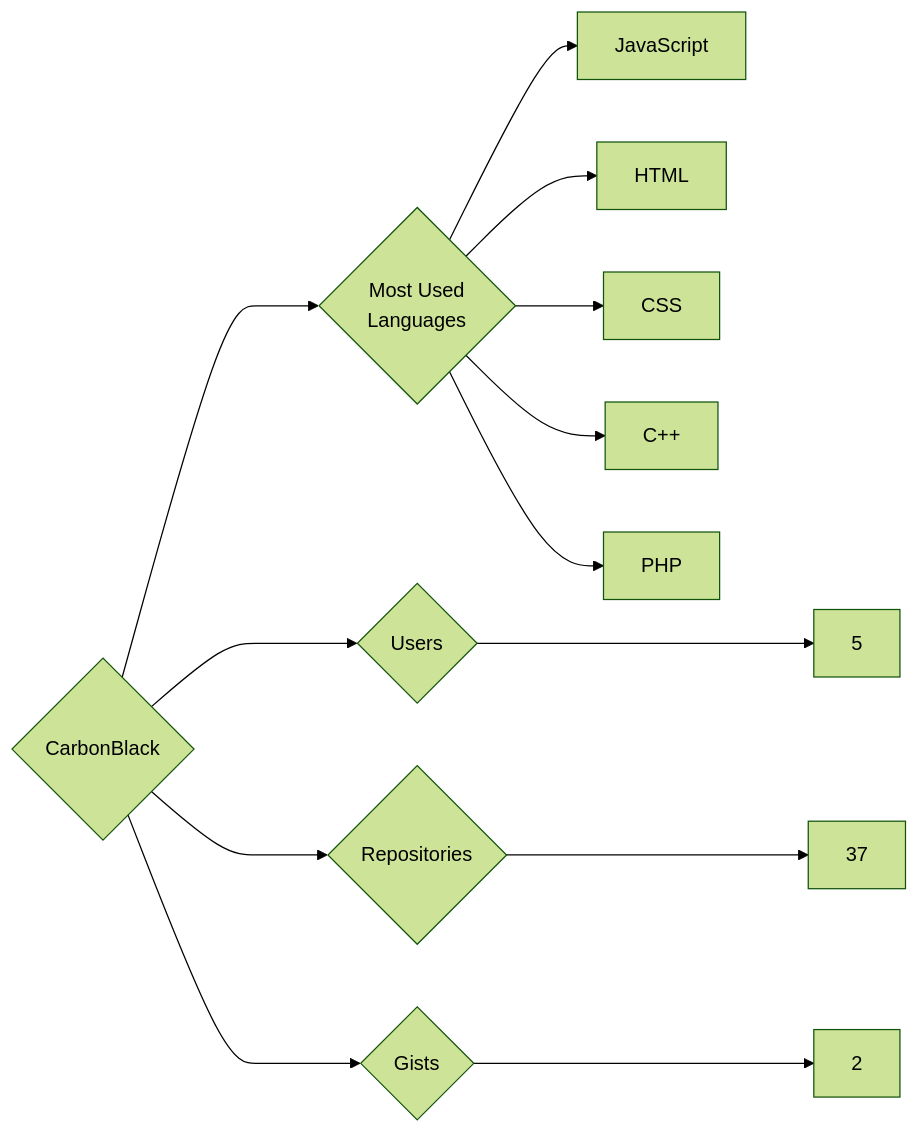
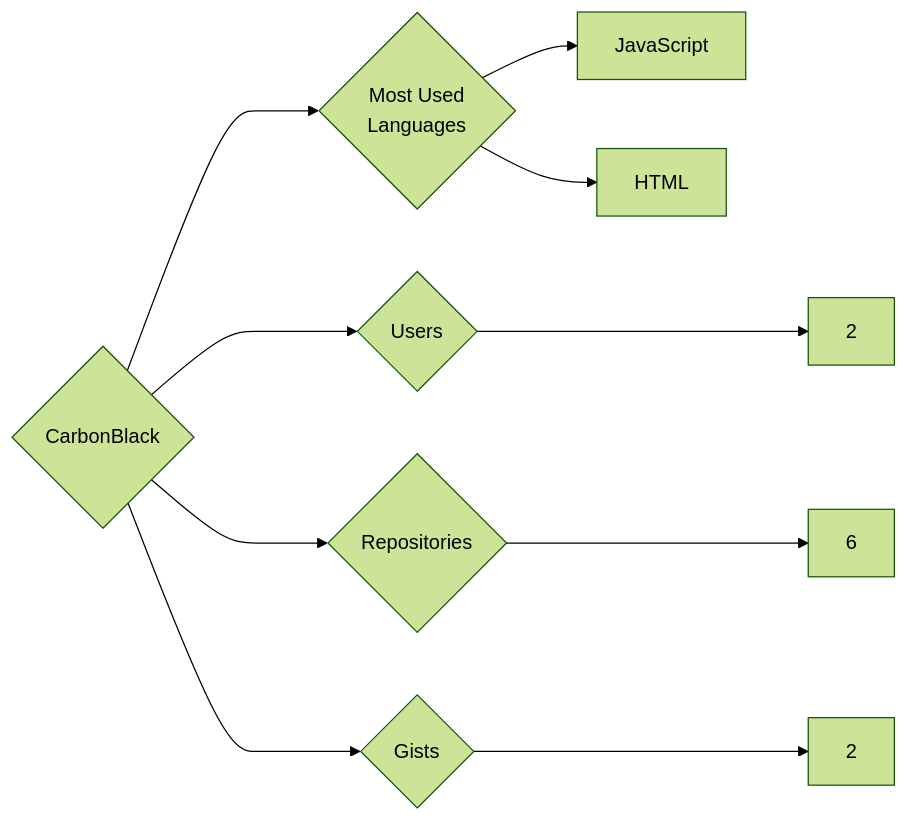
One commit to trickest/insiders changed the diagram in targets/CarbonBlack/README.md. Above: the diagram before and after it, drawn with Mermaid (forest theme). The commit also changed 934 other files, not shown here.

````diff
--- a/targets/CarbonBlack/README.md
+++ b/targets/CarbonBlack/README.md
@@ -3,13 +3,10 @@
 ```mermaid
 graph LR
 COMPANY_NAME{CarbonBlack}
-COMPANY_NAME ---> U{Users} ---> UN[5]
-COMPANY_NAME ---> R{Repositories} ---> RN[37]
+COMPANY_NAME ---> U{Users} ---> UN[2]
+COMPANY_NAME ---> R{Repositories} ---> RN[6]
 COMPANY_NAME ---> G{Gists} ---> GN[2]
 COMPANY_NAME ---> ML{Most Used<br>Languages}
 ML --> JavaScript[JavaScript]
 ML --> HTML[HTML]
-ML --> CSS[CSS]
-ML --> C++[C++]
-ML --> PHP[PHP]
 ```
````
